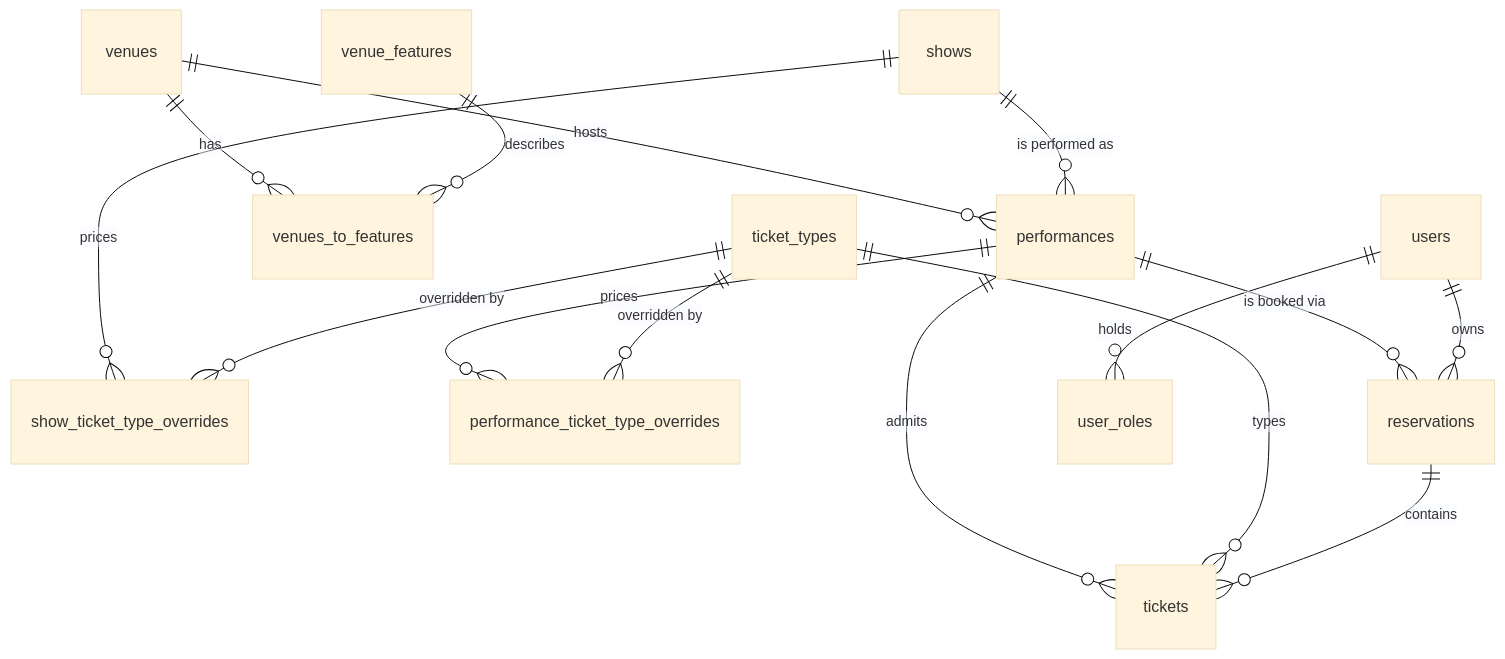
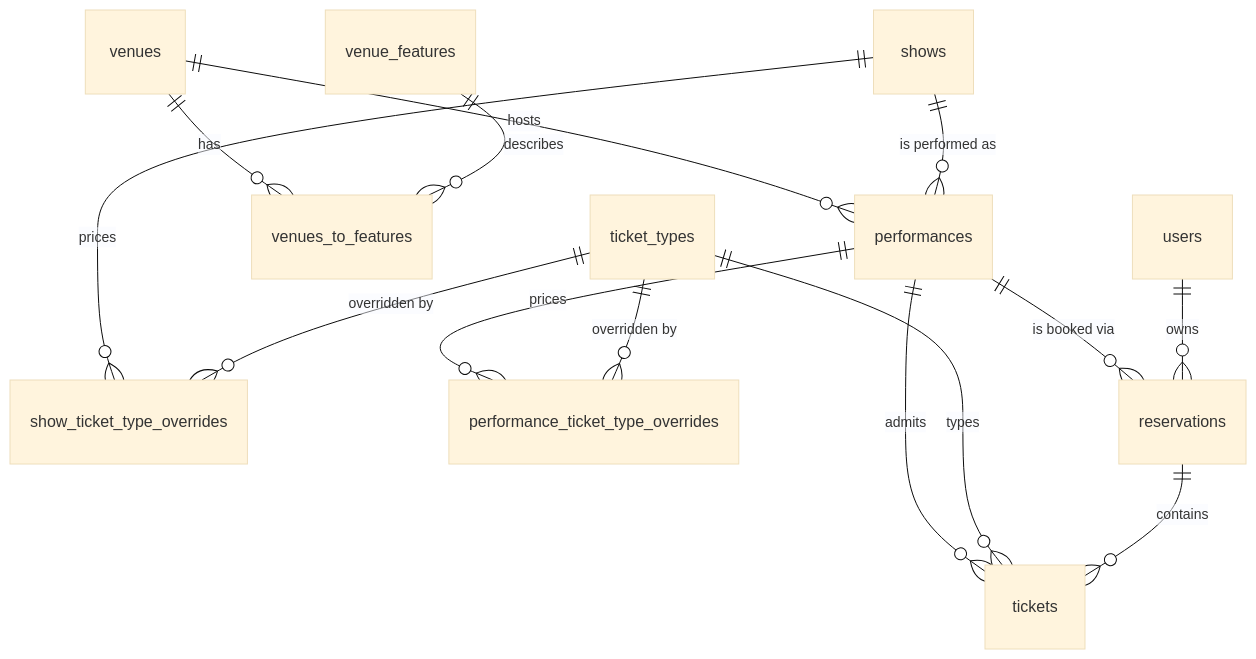
Before and after one commit to newtheatre/proscenium: the diagram in docs/03-domain-model.md, drawn with Mermaid (base theme). The commit also changed other lines of this file and 59 other files, not shown here.

````diff
--- a/docs/03-domain-model.md
+++ b/docs/03-domain-model.md
@@ -11,17 +11,16 @@
 ```mermaid
 erDiagram
     venues ||--o{ performances : hosts
     venues ||--o{ venues_to_features : has
     venue_features ||--o{ venues_to_features : describes
     shows ||--o{ performances : "is performed as"
     shows ||--o{ show_ticket_type_overrides : prices
     performances ||--o{ performance_ticket_type_overrides : prices
     performances ||--o{ reservations : "is booked via"
     performances ||--o{ tickets : admits
     ticket_types ||--o{ show_ticket_type_overrides : "overridden by"
     ticket_types ||--o{ performance_ticket_type_overrides : "overridden by"
     ticket_types ||--o{ tickets : types
     users ||--o{ reservations : owns
-    users ||--o{ user_roles : holds
     reservations ||--o{ tickets : contains
 ```
````
